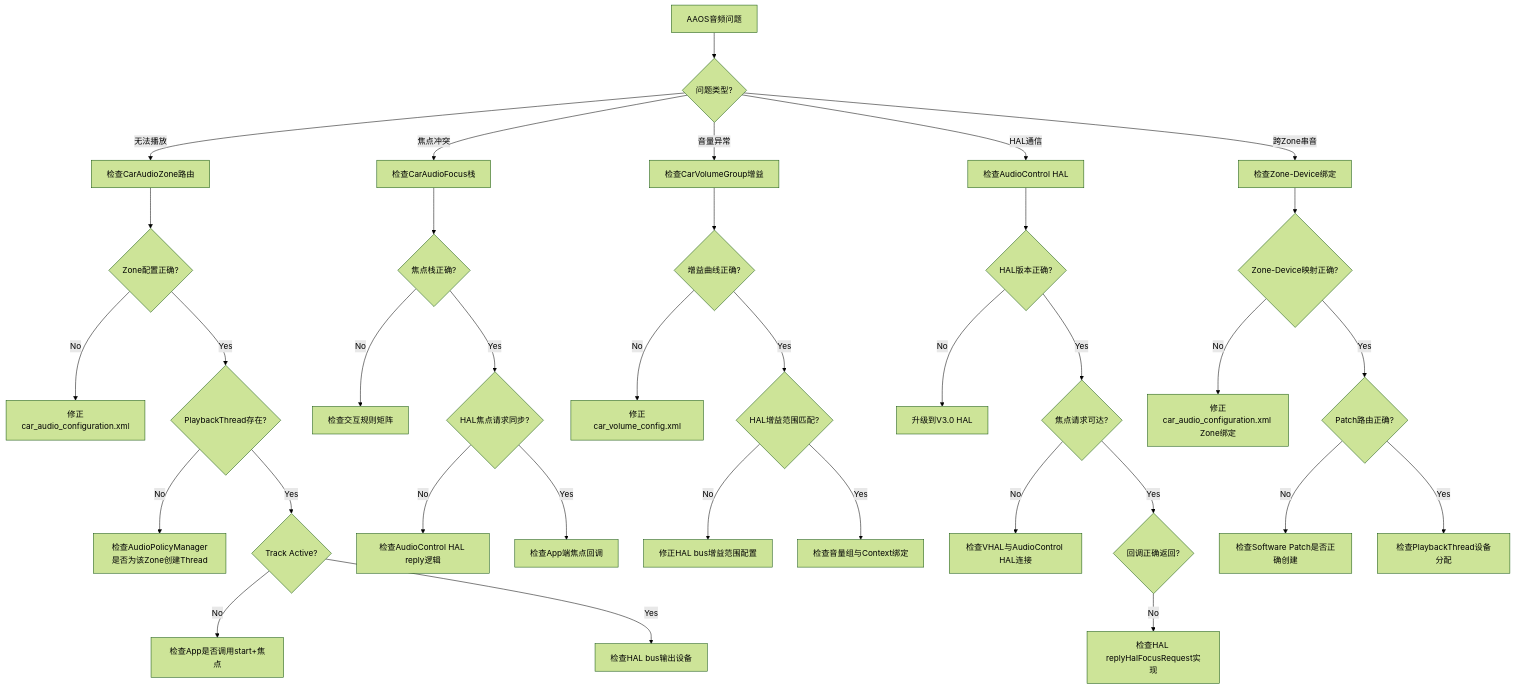
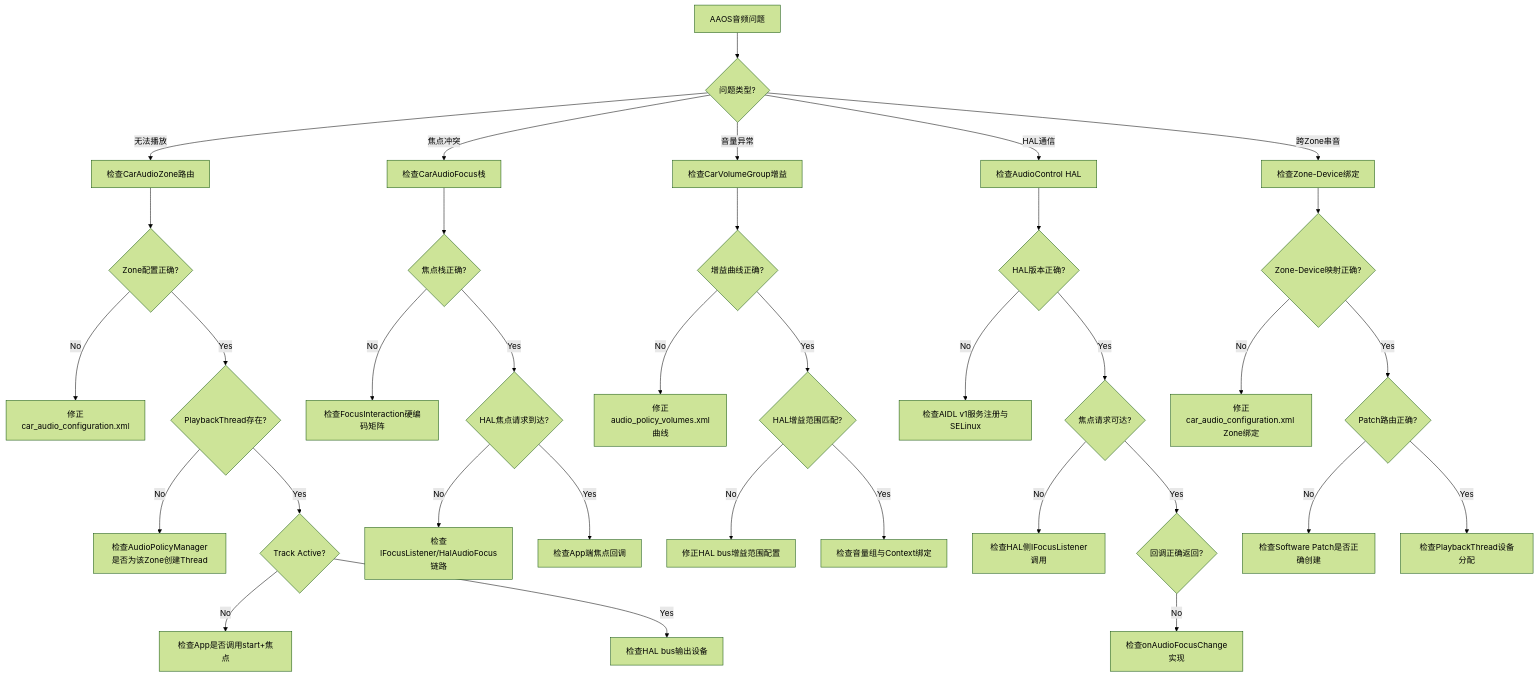
One commit to yanglinzhen1022/SA8295_AAOS_QNX_Audio_KnowledgeBase changed the fourth of 4 diagrams in 17_Debug_and_OEM_Guide/17_17.8_AAOS_CarAudio调试.md. Above: the diagram before and after it, drawn with Mermaid (forest theme). The commit also changed other lines of this file and 12 other files, not shown here.

````diff
--- a/17_Debug_and_OEM_Guide/17_17.8_AAOS_CarAudio调试.md
+++ b/17_Debug_and_OEM_Guide/17_17.8_AAOS_CarAudio调试.md
@@ -243,42 +241,42 @@
 ```mermaid
 flowchart TB
     A[AAOS音频问题] --> B{问题类型?}
     B -->|无法播放| C[检查CarAudioZone路由]
     B -->|焦点冲突| D[检查CarAudioFocus栈]
     B -->|音量异常| E[检查CarVolumeGroup增益]
     B -->|HAL通信| F[检查AudioControl HAL]
     B -->|跨Zone串音| G[检查Zone-Device绑定]
     
     C --> C1{Zone配置正确?}
     C1 -->|No| C2[修正car_audio_configuration.xml]
     C1 -->|Yes| C3{PlaybackThread存在?}
     C3 -->|No| C4[检查AudioPolicyManager是否为该Zone创建Thread]
     C3 -->|Yes| C5{Track Active?}
     C5 -->|No| C6[检查App是否调用start+焦点]
     C5 -->|Yes| C7[检查HAL bus输出设备]
     
     D --> D1{焦点栈正确?}
-    D1 -->|No| D2[检查交互规则矩阵]
-    D1 -->|Yes| D3{HAL焦点请求同步?}
-    D3 -->|No| D4[检查AudioControl HAL reply逻辑]
+    D1 -->|No| D2[检查FocusInteraction硬编码矩阵]
+    D1 -->|Yes| D3{HAL焦点请求到达?}
+    D3 -->|No| D4[检查IFocusListener/HalAudioFocus链路]
     D3 -->|Yes| D5[检查App端焦点回调]
     
     E --> E1{增益曲线正确?}
-    E1 -->|No| E2[修正car_volume_config.xml]
+    E1 -->|No| E2[修正audio_policy_volumes.xml曲线]
     E1 -->|Yes| E3{HAL增益范围匹配?}
     E3 -->|No| E4[修正HAL bus增益范围配置]
     E3 -->|Yes| E5[检查音量组与Context绑定]
     
     F --> F1{HAL版本正确?}
-    F1 -->|No| F2[升级到V3.0 HAL]
+    F1 -->|No| F2[检查AIDL v1服务注册与SELinux]
     F1 -->|Yes| F3{焦点请求可达?}
-    F3 -->|No| F4[检查VHAL与AudioControl HAL连接]
+    F3 -->|No| F4[检查HAL侧IFocusListener调用]
     F3 -->|Yes| F5{回调正确返回?}
-    F5 -->|No| F6[检查HAL replyHalFocusRequest实现]
+    F5 -->|No| F6[检查onAudioFocusChange实现]
     
     G --> G1{Zone-Device映射正确?}
     G1 -->|No| G2[修正car_audio_configuration.xml Zone绑定]
     G1 -->|Yes| G3{Patch路由正确?}
     G3 -->|No| G4[检查Software Patch是否正确创建]
     G3 -->|Yes| G5[检查PlaybackThread设备分配]
 ```
````
